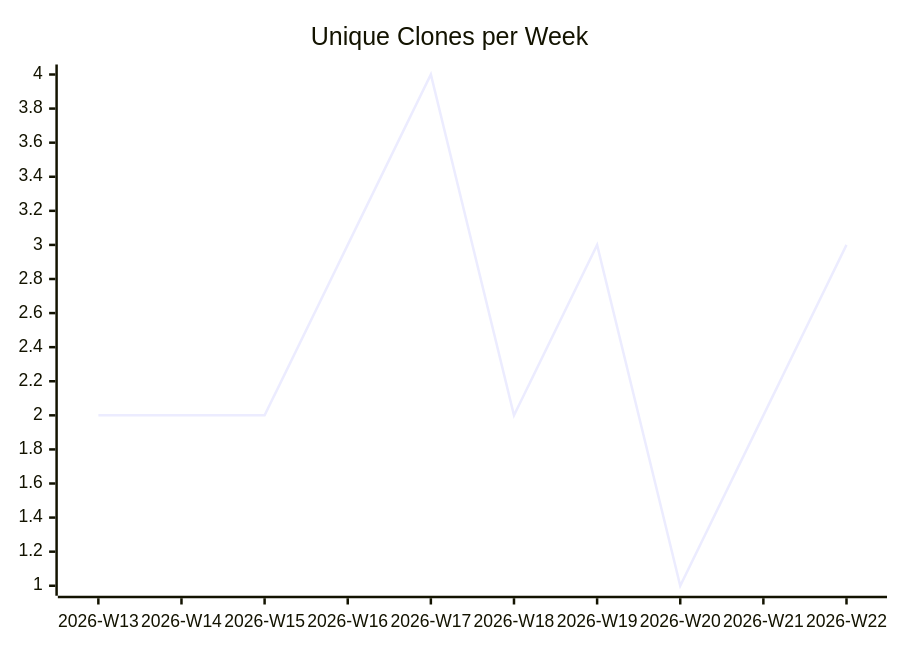
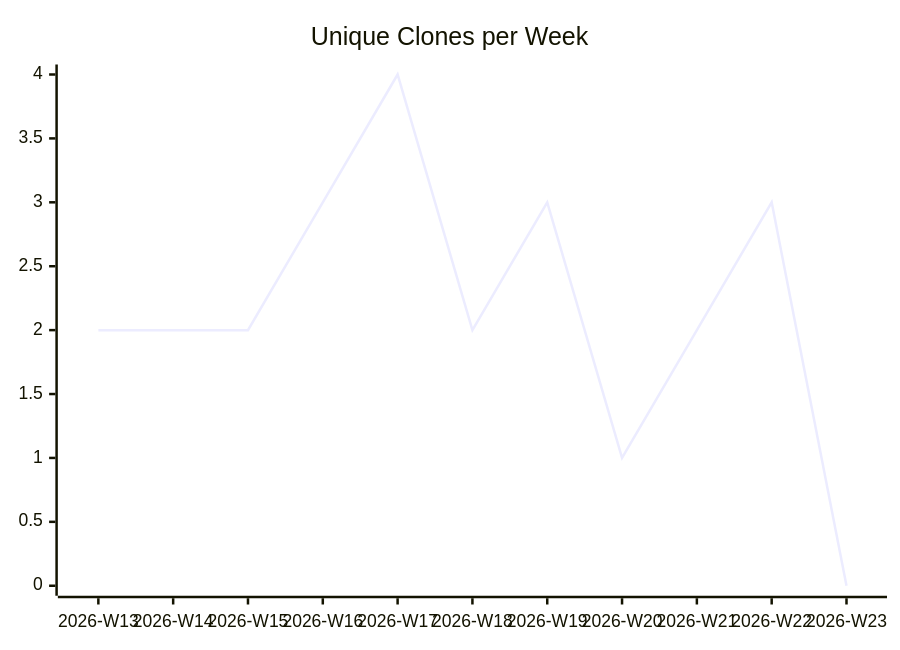
The third of 3 diagrams in karlmdavis/bbonfhir-dev-infra-docker/README.md (justdavis-family/github-analytics-data), drawn with Mermaid before and after one commit. The commit also changed other lines of this file and 186 other files, not shown here.

````diff
--- a/karlmdavis/bbonfhir-dev-infra-docker/README.md
+++ b/karlmdavis/bbonfhir-dev-infra-docker/README.md
@@ -19,6 +19,6 @@
 ```mermaid
 xychart-beta
   title "Unique Clones per Week"
-  x-axis ["2026-W13", "2026-W14", "2026-W15", "2026-W16", "2026-W17", "2026-W18", "2026-W19", "2026-W20", "2026-W21", "2026-W22"]
-  line [2, 2, 2, 3, 4, 2, 3, 1, 2, 3]
+  x-axis ["2026-W13", "2026-W14", "2026-W15", "2026-W16", "2026-W17", "2026-W18", "2026-W19", "2026-W20", "2026-W21", "2026-W22", "2026-W23"]
+  line [2, 2, 2, 3, 4, 2, 3, 1, 2, 3, 0]
 ```
````
